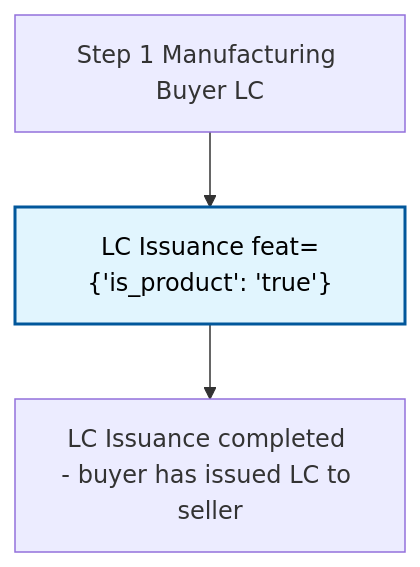
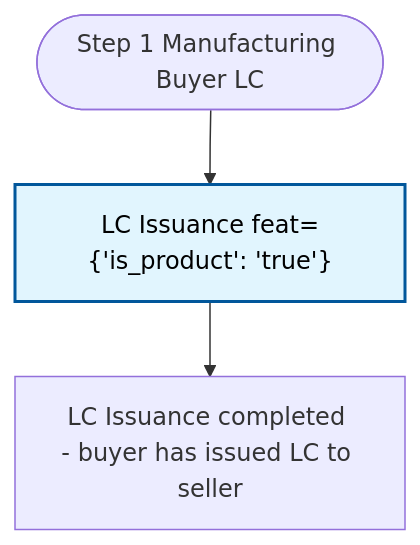
Before and after one commit to sage-develop/why: the diagram in tvc_decision_trees/manufacturing/1_buyer_lc.md, drawn with Mermaid. The commit also changed 11 other files, not shown here.

Commit message:
make diagram in same pattern

````diff
--- a/tvc_decision_trees/manufacturing/1_buyer_lc.md
+++ b/tvc_decision_trees/manufacturing/1_buyer_lc.md
@@ -3,8 +3,8 @@
 ```mermaid
 flowchart TD
-    Start["Step 1 Manufacturing Buyer LC"] --> LCIssuance["LC Issuance feat={'is_product': 'true'}"]
-    LCIssuance --> Complete["LC Issuance completed - buyer has issued LC to seller"]
+    Start(["Step 1 Manufacturing Buyer LC"]) --> P1["LC Issuance feat={'is_product': 'true'}"]
+    P1 --> End1["LC Issuance completed - buyer has issued LC to seller"]
 
-    LCIssuance:::productBox
+    P1:::productBox
     classDef productBox fill:#e1f5fe,stroke:#01579b,stroke-width:2px,color:#000
 ```
````
